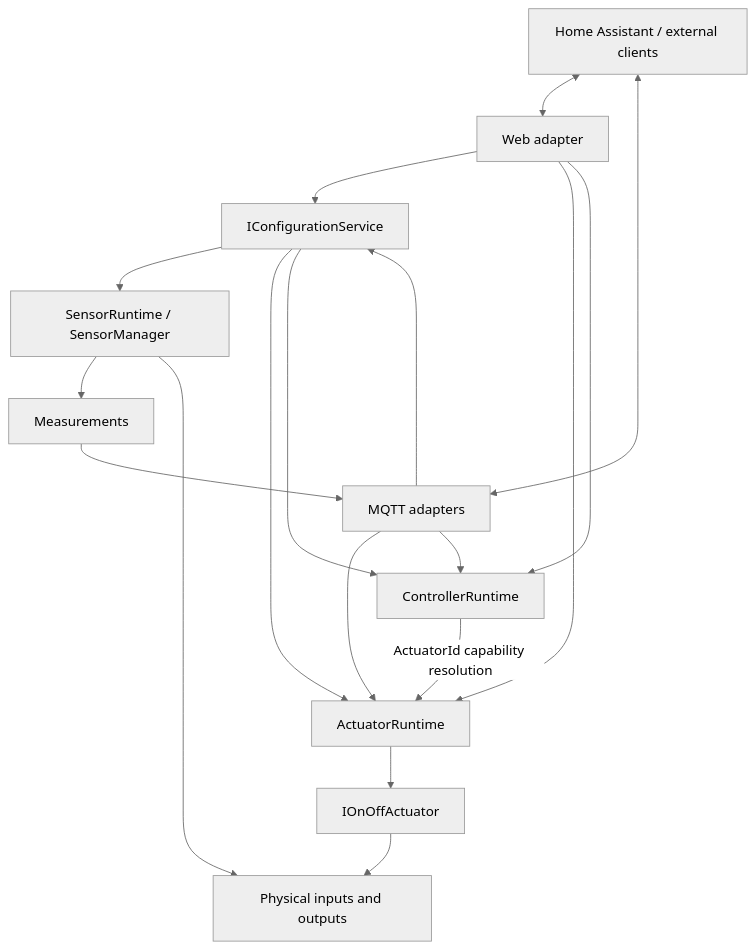
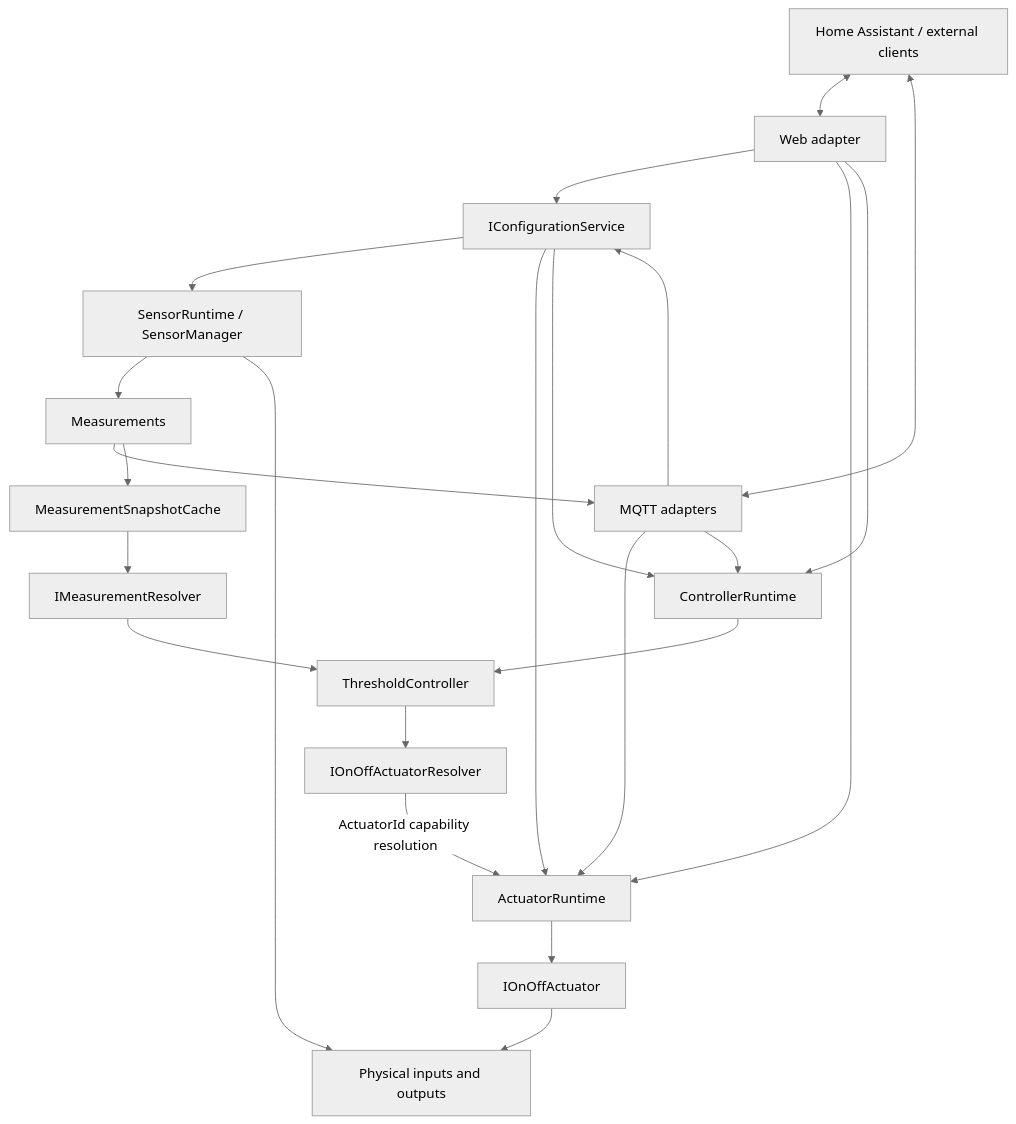
The diagram in docs/Architecture.md (magicamun/EnvNode), drawn with Mermaid (neutral theme) before and after one commit. The commit also changed other lines of this file and 10 other files, not shown here.

````diff
--- a/docs/Architecture.md
+++ b/docs/Architecture.md
@@ -15,31 +15,40 @@
 ```mermaid
 flowchart TB
     EXT[Home Assistant / external clients]
     WEB[Web adapter]
     MQTT[MQTT adapters]
     CFG[IConfigurationService]
     SR[SensorRuntime / SensorManager]
     AR[ActuatorRuntime]
     CR[ControllerRuntime]
+    CACHE[MeasurementSnapshotCache]
+    MR[IMeasurementResolver]
+    TC[ThresholdController]
+    ARES[IOnOffActuatorResolver]
     M[Measurements]
     CAP[IOnOffActuator]
     HW[Physical inputs and outputs]
 
     EXT <--> WEB
     EXT <--> MQTT
     WEB --> CFG
     MQTT --> CFG
     WEB --> AR
     MQTT --> AR
     WEB --> CR
     MQTT --> CR
     CFG --> SR
     CFG --> AR
     CFG --> CR
     SR --> M
     M --> MQTT
-    CR -->|ActuatorId capability resolution| AR
+    M --> CACHE
+    CACHE --> MR
+    CR --> TC
+    MR --> TC
+    TC --> ARES
+    ARES -->|ActuatorId capability resolution| AR
     AR --> CAP
     SR --> HW
     CAP --> HW
 ```
````
